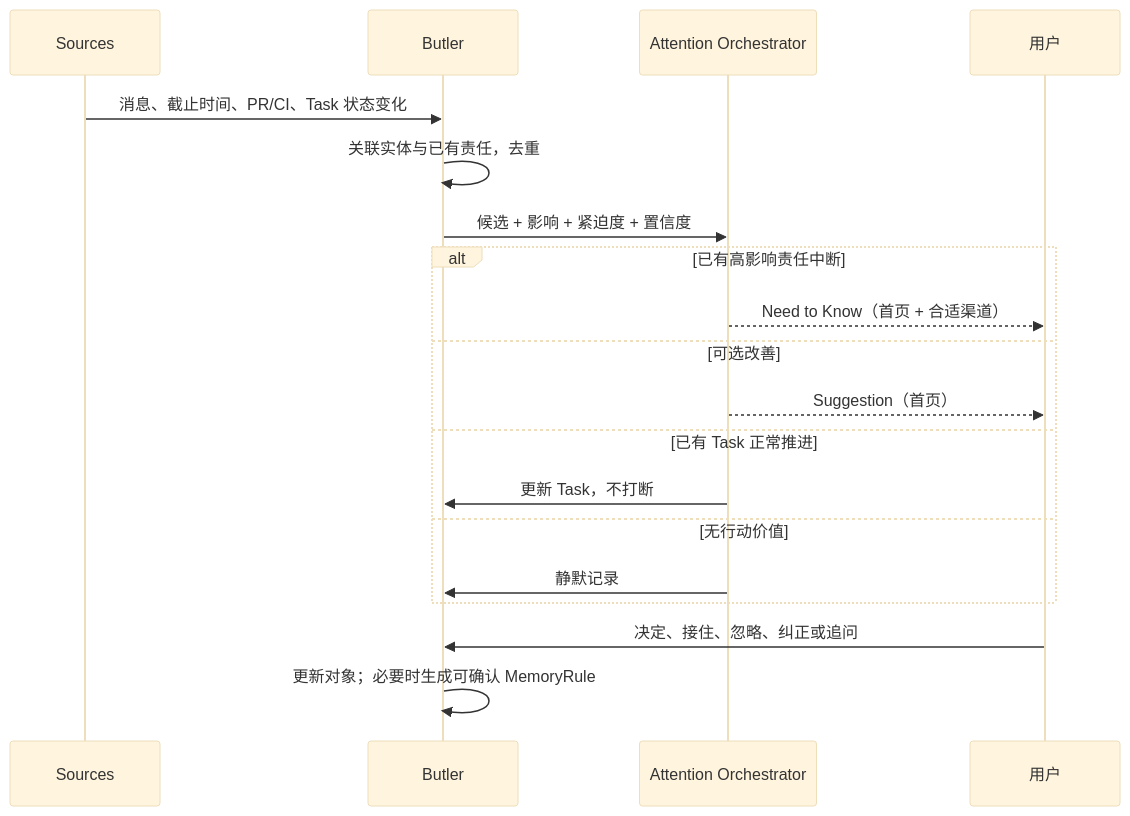
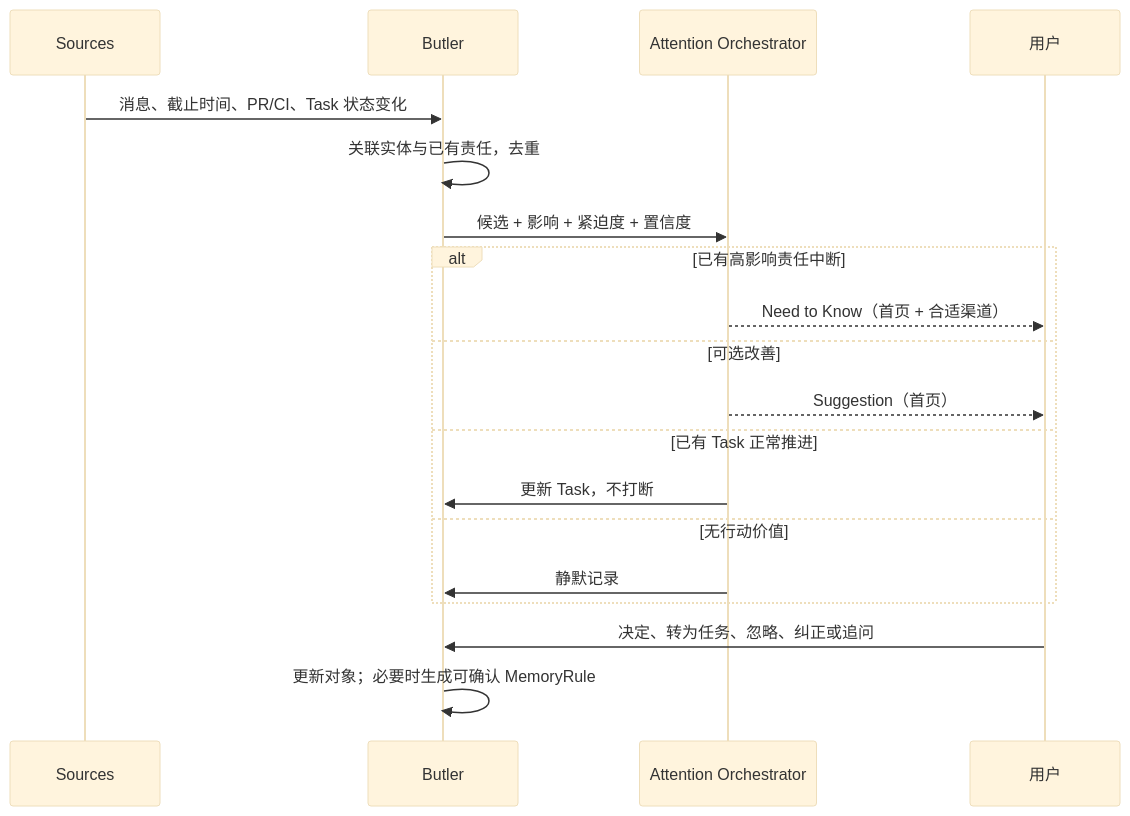
Diagram 11 of 12 in docs/butler-continuous-work-system-design.md (lusipad/RocketX), drawn with Mermaid (base theme) before and after one commit. The commit also changed other lines of this file and 42 other files, not shown here.

````diff
--- a/docs/butler-continuous-work-system-design.md
+++ b/docs/butler-continuous-work-system-design.md
@@ -1424,21 +1424,21 @@
 ```mermaid
 sequenceDiagram
     participant S as Sources
     participant B as Butler
     participant A as Attention Orchestrator
     participant U as 用户
     S->>B: 消息、截止时间、PR/CI、Task 状态变化
     B->>B: 关联实体与已有责任，去重
     B->>A: 候选 + 影响 + 紧迫度 + 置信度
     alt 已有高影响责任中断
         A-->>U: Need to Know（首页 + 合适渠道）
     else 可选改善
         A-->>U: Suggestion（首页）
     else 已有 Task 正常推进
         A->>B: 更新 Task，不打断
     else 无行动价值
         A->>B: 静默记录
     end
-    U->>B: 决定、接住、忽略、纠正或追问
+    U->>B: 决定、转为任务、忽略、纠正或追问
     B->>B: 更新对象；必要时生成可确认 MemoryRule
 ```
````
